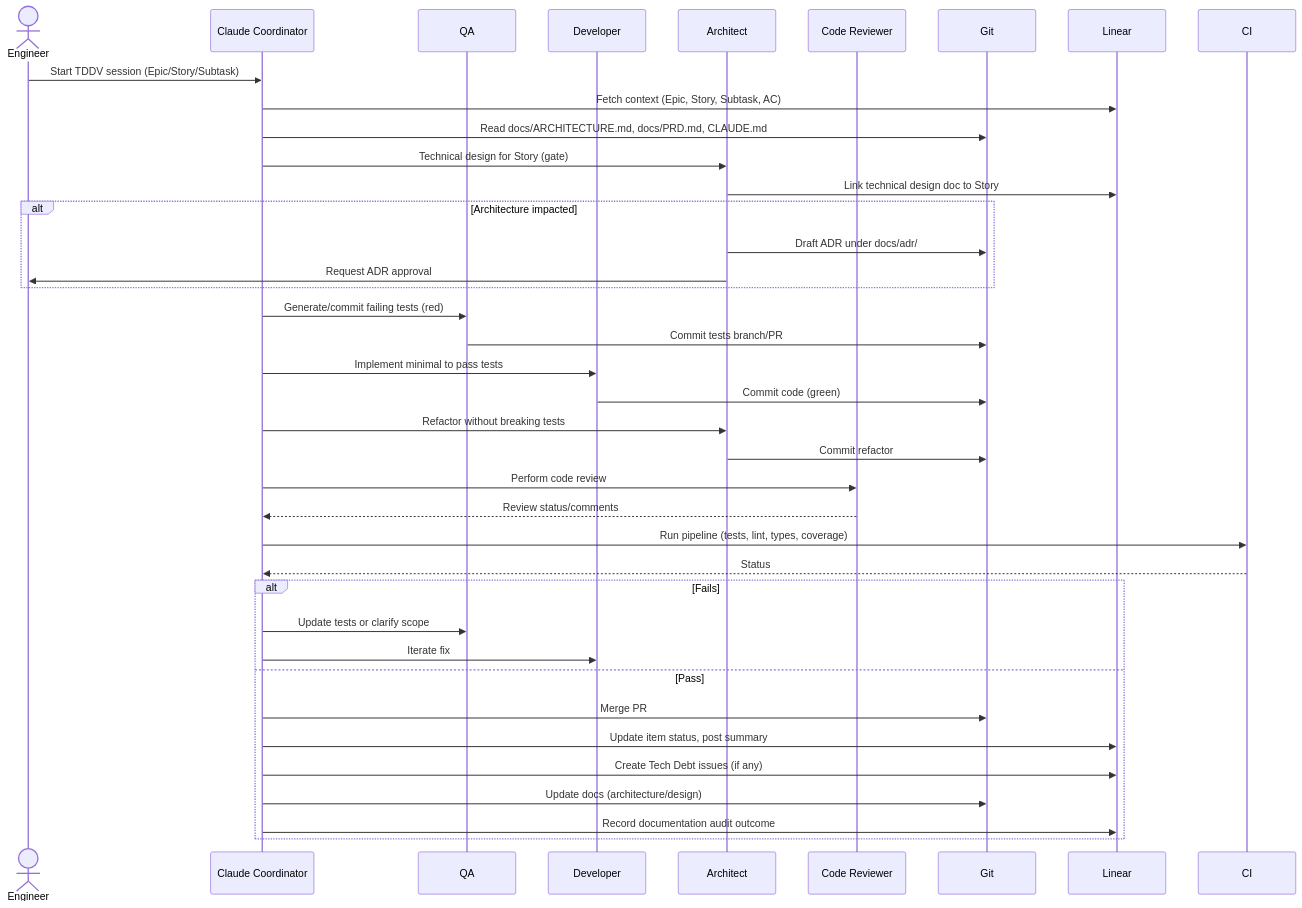
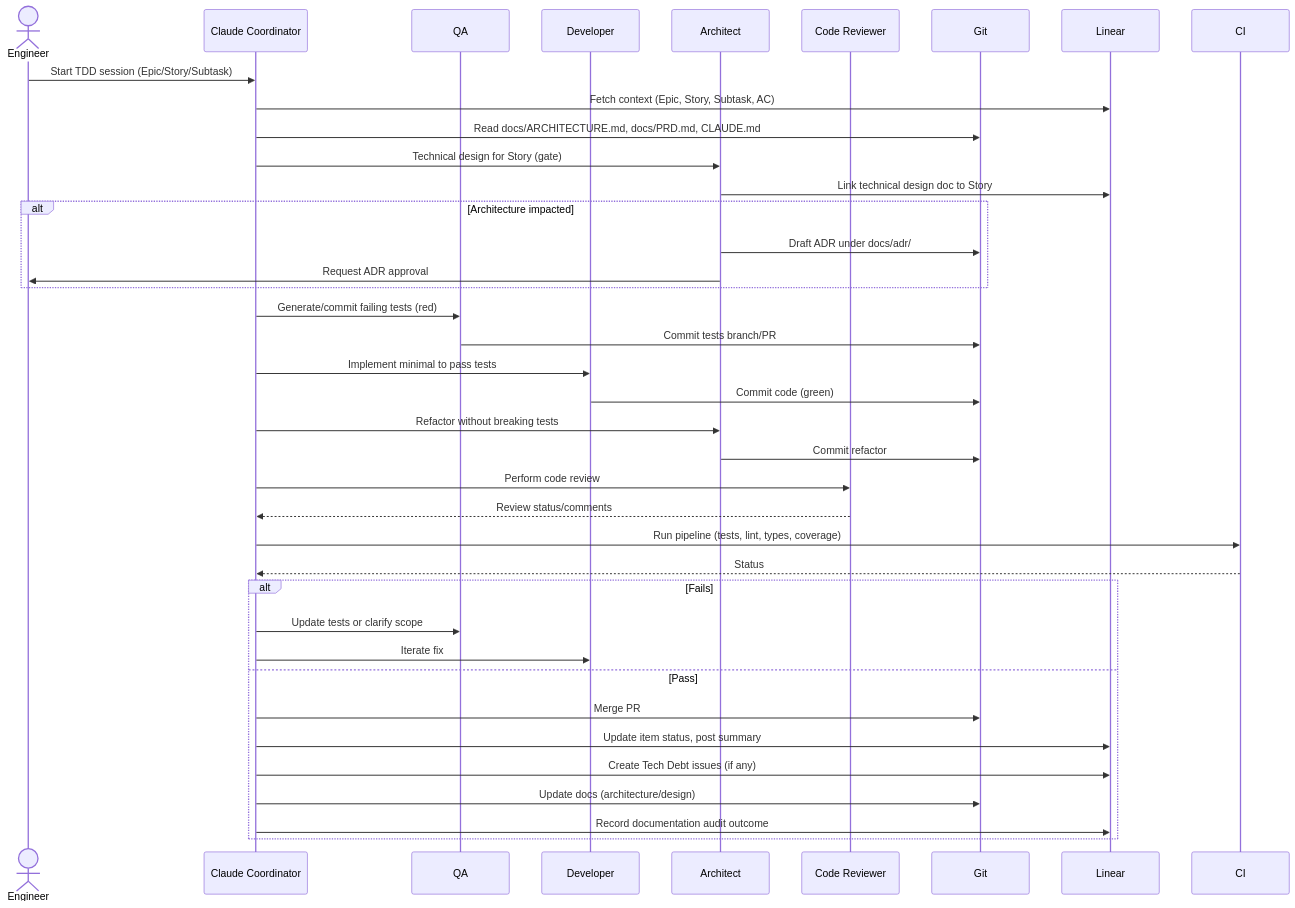
Before and after one commit to johnburbridge/johns-claude-von-repo: the diagram in ABOUT.md, drawn with Mermaid. The commit also changed other lines of this file and 10 other files, not shown here.

First line of the commit message:
refactor: replace TDDV with standard TDD terminology

````diff
--- a/ABOUT.md
+++ b/ABOUT.md
@@ -393,42 +393,42 @@
 ```mermaid
 sequenceDiagram
     actor Engineer
     participant Coordinator as Claude Coordinator
     participant QA
     participant Dev as Developer
     participant Arch as Architect
     participant CR as Code Reviewer
     participant Git
     participant Linear
     participant CI
 
-    Engineer->>Coordinator: Start TDDV session (Epic/Story/Subtask)
+    Engineer->>Coordinator: Start TDD session (Epic/Story/Subtask)
     Coordinator->>Linear: Fetch context (Epic, Story, Subtask, AC)
     Coordinator->>Git: Read docs/ARCHITECTURE.md, docs/PRD.md, CLAUDE.md
     Coordinator->>Arch: Technical design for Story (gate)
     Arch->>Linear: Link technical design doc to Story
     alt Architecture impacted
         Arch->>Git: Draft ADR under docs/adr/
         Arch->>Engineer: Request ADR approval
     end
     Coordinator->>QA: Generate/commit failing tests (red)
     QA->>Git: Commit tests branch/PR
     Coordinator->>Dev: Implement minimal to pass tests
     Dev->>Git: Commit code (green)
     Coordinator->>Arch: Refactor without breaking tests
     Arch->>Git: Commit refactor
     Coordinator->>CR: Perform code review
     CR-->>Coordinator: Review status/comments
     Coordinator->>CI: Run pipeline (tests, lint, types, coverage)
     CI-->>Coordinator: Status
     alt Fails
         Coordinator->>QA: Update tests or clarify scope
         Coordinator->>Dev: Iterate fix
     else Pass
         Coordinator->>Git: Merge PR
         Coordinator->>Linear: Update item status, post summary
         Coordinator->>Linear: Create Tech Debt issues (if any)
         Coordinator->>Git: Update docs (architecture/design)
         Coordinator->>Linear: Record documentation audit outcome
     end
 ```
````
